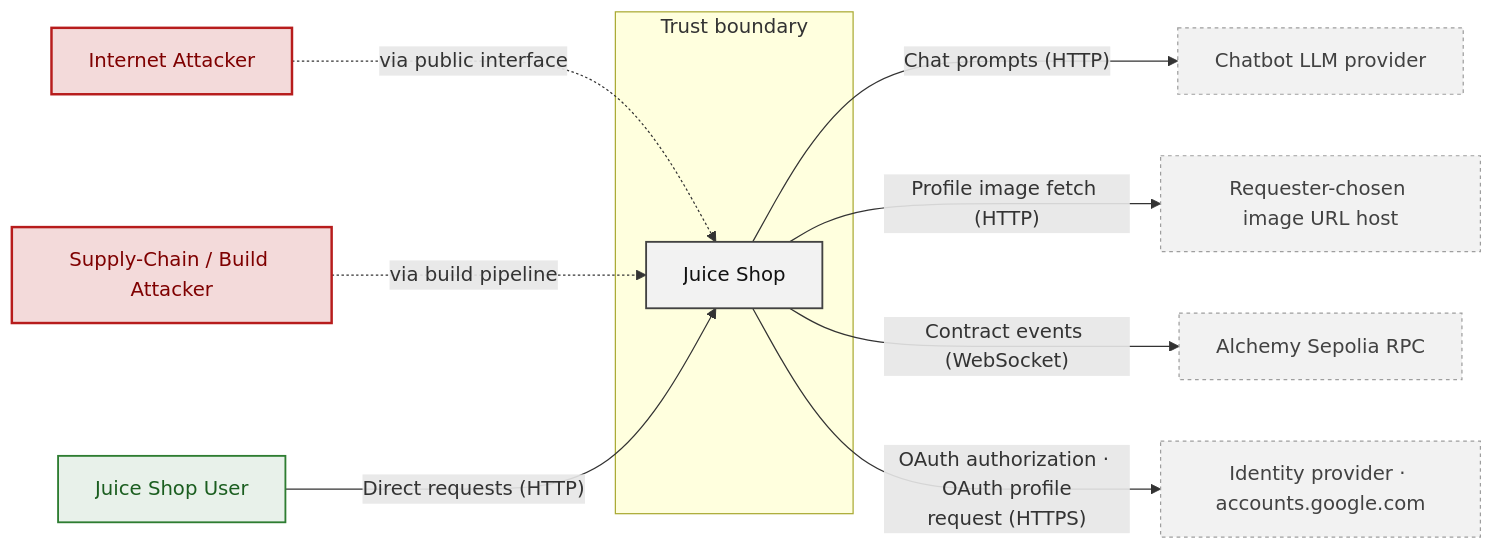
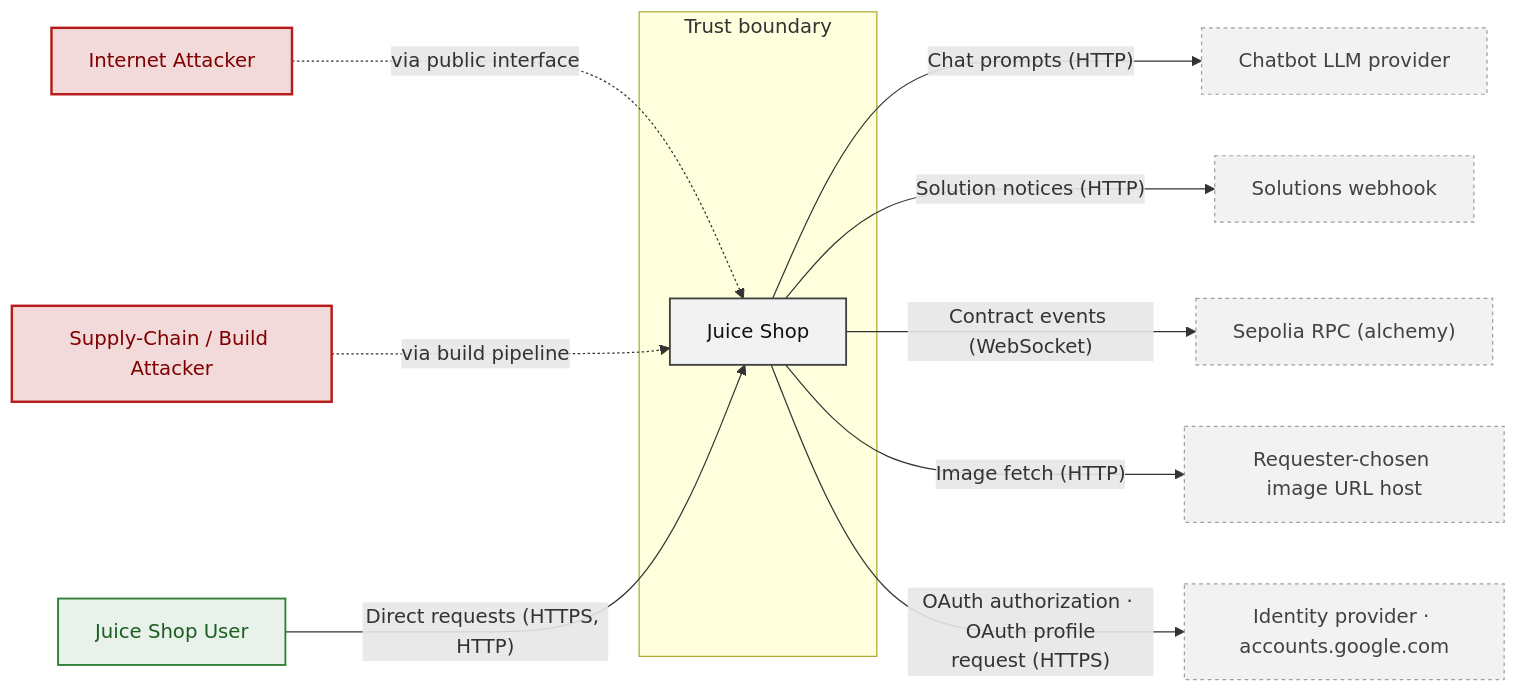
The second of 3 diagrams in juice-shop/security-assessment-juice-shop-quick-v0.1.0.md (appsec-foundry/appsec-analyzer-examples), drawn with Mermaid before and after one commit. The commit also changed other lines of this file and 15 other files, not shown here.

````diff
--- a/juice-shop/security-assessment-juice-shop-quick-v0.1.0.md
+++ b/juice-shop/security-assessment-juice-shop-quick-v0.1.0.md
@@ -347,32 +353,35 @@
 ```mermaid
 flowchart LR
     A0["Internet Attacker"]
     A1["Supply-Chain / Build Attacker"]
     R2["Juice Shop User"]
     subgraph TBEDGE["Trust boundary"]
         SYSTEM["Juice Shop"]
     end
     E0["Chatbot LLM provider"]
-    E1["Requester-chosen image URL host"]
-    E2["Alchemy Sepolia RPC"]
-    E3["Identity provider · accounts.google.com"]
+    E1["Solutions webhook"]
+    E2["Sepolia RPC (alchemy)"]
+    E3["Requester-chosen image URL host"]
+    E4["Identity provider · accounts.google.com"]
     A0 -.->|"via public interface"| SYSTEM
     A1 -.->|"via build pipeline"| SYSTEM
-    R2 -->|"Direct requests (HTTP)"| SYSTEM
+    R2 -->|"Direct requests (HTTPS, HTTP)"| SYSTEM
     SYSTEM -->|"Chat prompts (HTTP)"| E0
-    SYSTEM -->|"Profile image fetch (HTTP)"| E1
+    SYSTEM -->|"Solution notices (HTTP)"| E1
     SYSTEM -->|"Contract events (WebSocket)"| E2
-    SYSTEM -->|"OAuth authorization · OAuth profile<br/>request (HTTPS)"| E3
+    SYSTEM -->|"Image fetch (HTTP)"| E3
+    SYSTEM -->|"OAuth authorization · OAuth profile<br/>request (HTTPS)"| E4
     classDef user     fill:#e8f1ea,stroke:#2e7d32,color:#1b5e20,stroke-width:1.5px
     classDef attacker fill:#f3dada,stroke:#b71c1c,color:#7f0000,stroke-width:2px
     classDef sys      fill:#f2f2f2,stroke:#424242,color:#111,stroke-width:1.5px
     classDef ext      fill:#f2f2f2,stroke:#9e9e9e,color:#424242,stroke-dasharray:3 3,stroke-width:1px
     class A0 attacker
     class A1 attacker
     class R2 user
     class E0 ext
     class E1 ext
     class E2 ext
     class E3 ext
+    class E4 ext
     class SYSTEM sys
 ```
````
